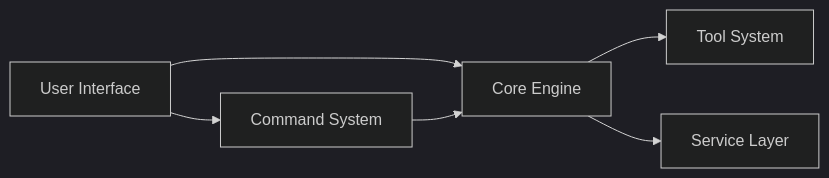
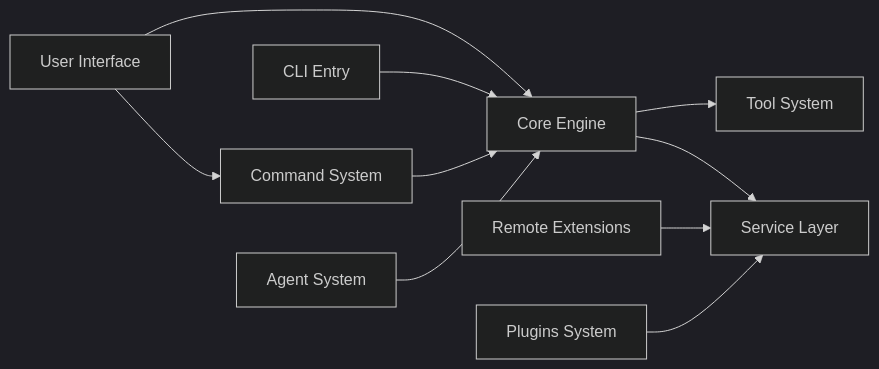
One commit to niuma996/claude-code-sourcemap-wiki changed the diagram in .nium-wiki/wiki_en/doc-map.md. Above: the diagram before and after it, drawn with Mermaid (dark theme). The commit also changed other lines of this file and 33 other files, not shown here.

Commit message:
Add wiki docs for agent, cli, plugins, and remote modules

````diff
--- a/.nium-wiki/wiki_en/doc-map.md
+++ b/.nium-wiki/wiki_en/doc-map.md
@@ -37,14 +58,22 @@
 ```mermaid
 flowchart LR
     UI[User Interface]
     Core[Core Engine]
     Commands[Command System]
     Services[Service Layer]
     Tools[Tool System]
+    CLI[CLI Entry]
+    Agent[Agent System]
+    Remote[Remote Extensions]
+    Plugins[Plugins System]
 
     UI --> Core
     UI --> Commands
+    CLI --> Core
     Commands --> Core
     Core --> Tools
     Core --> Services
+    Agent --> Core
+    Remote --> Services
+    Plugins --> Services
 ```
````
